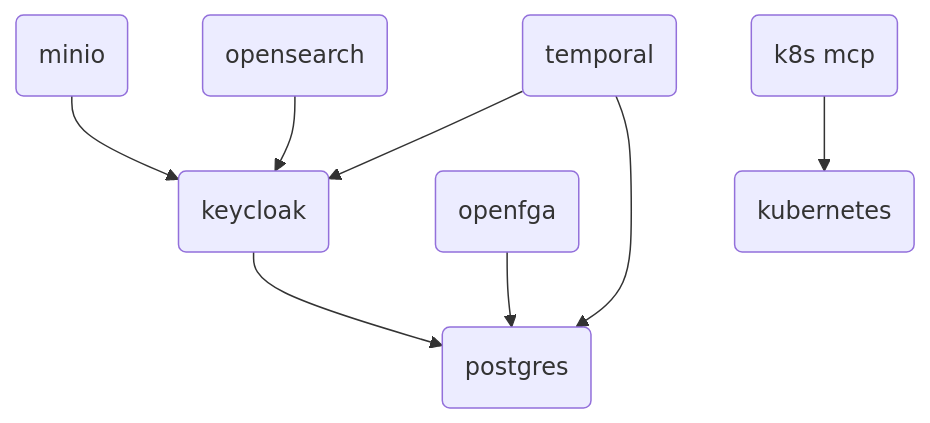
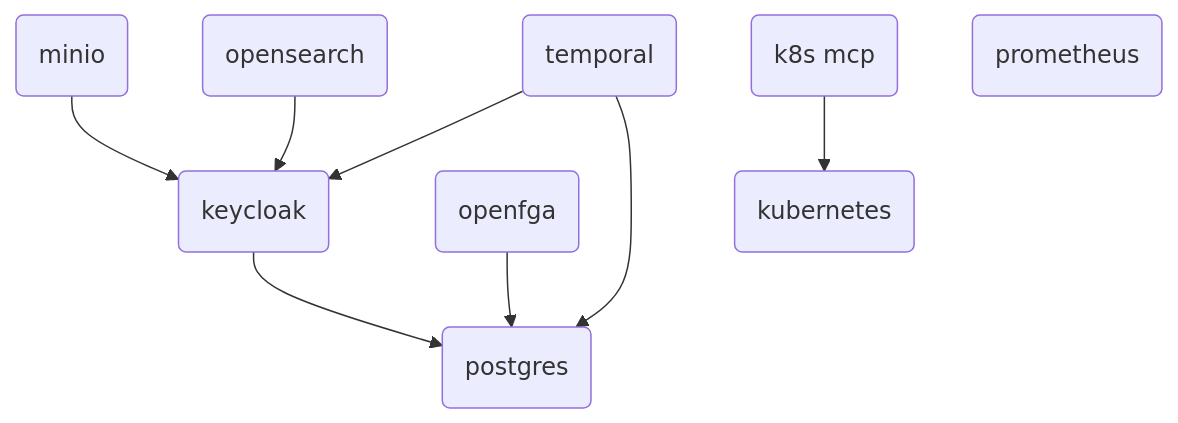
Before and after one commit to fred-agent/fred-deployment-factory: the diagram in docker-compose/README.md, drawn with Mermaid. The commit also changed other lines of this file and 7 other files, not shown here.

````diff
--- a/docker-compose/README.md
+++ b/docker-compose/README.md
@@ -69,10 +72,11 @@
 ```mermaid
 graph TB
 A(keycloak) --> E(postgres)
 B(minio) --> A(keycloak)
 C(opensearch) --> A(keycloak)
 I(openfga) --> E(postgres)
 H(temporal) --> A(keycloak)
 H(temporal) --> E(postgres)
 F(k8s mcp) --> G(kubernetes)
+J(prometheus)
 ```
````
